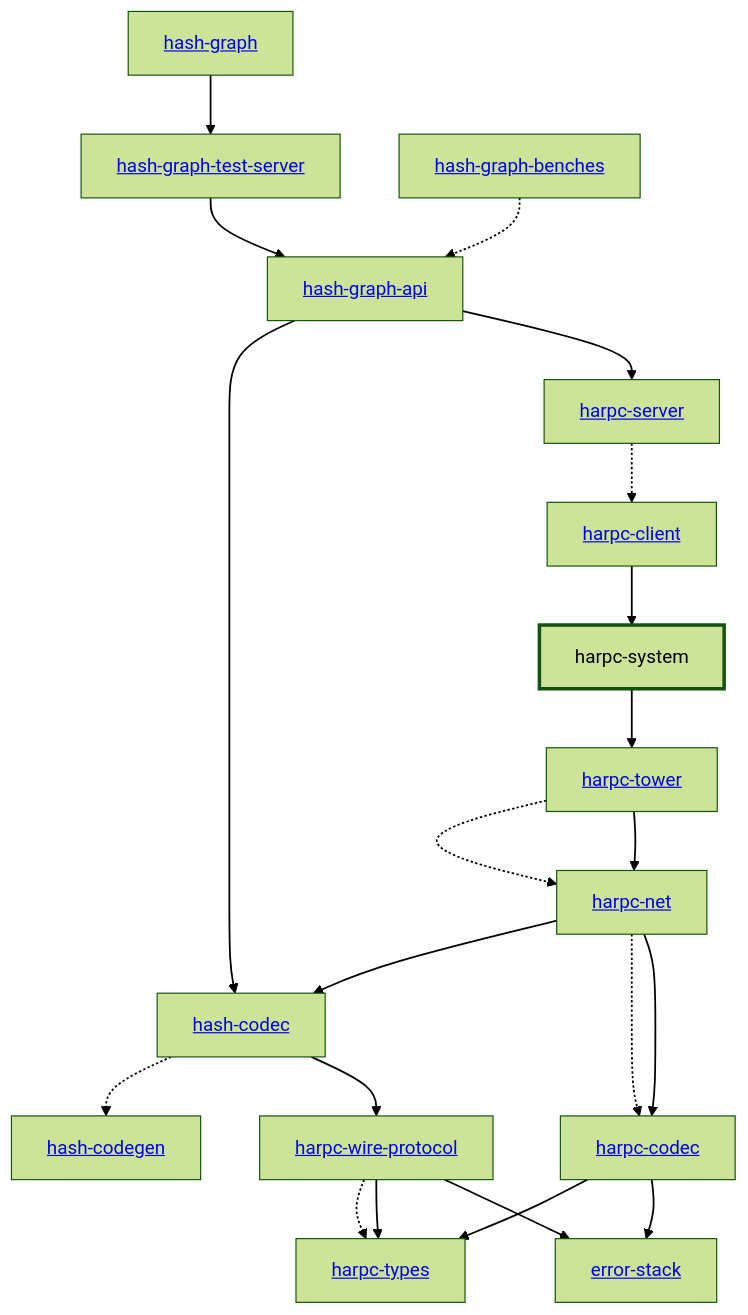
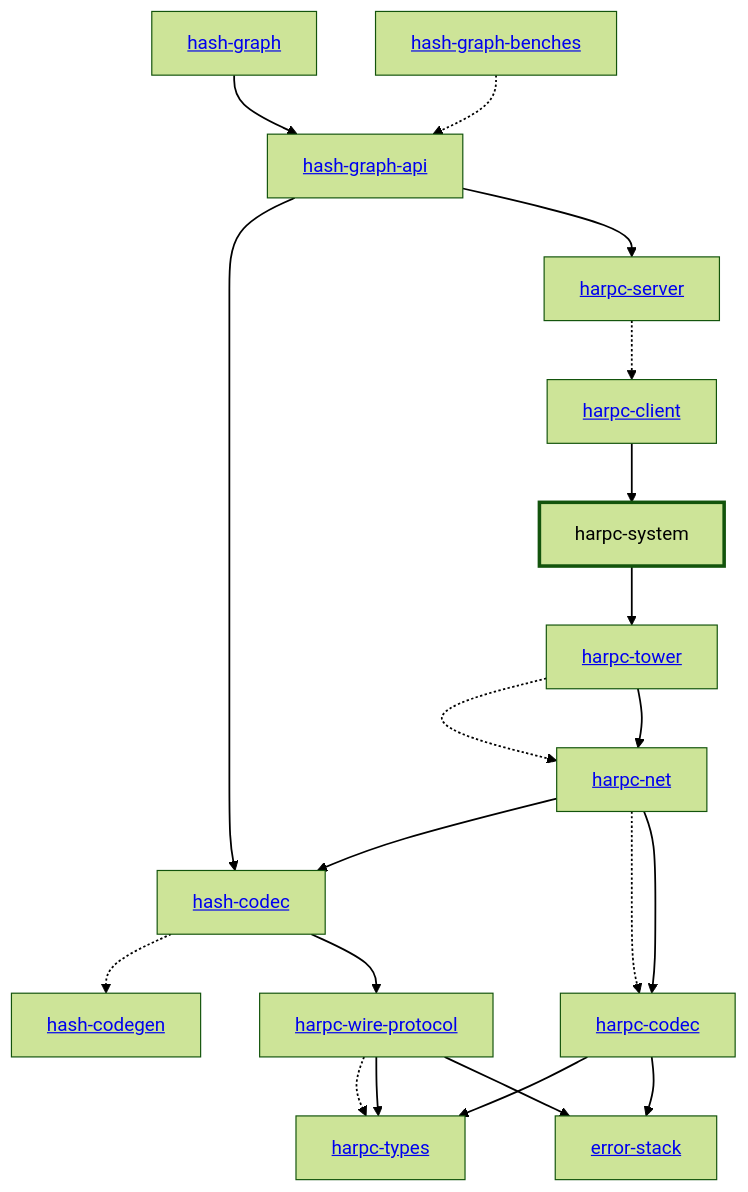
Before and after one commit to hashintel/hash: the diagram in libs/@local/harpc/system/docs/dependency-diagram.mmd, drawn with Mermaid (forest theme). The commit also changed 85 other files, not shown here.

First line of the commit message:
BE-426: Merge graph test-server into admin endpoint in main binary

```diff
--- a/libs/@local/harpc/system/docs/dependency-diagram.mmd
+++ b/libs/@local/harpc/system/docs/dependency-diagram.mmd
@@ -1,46 +1,44 @@
 graph TD
     linkStyle default stroke-width:1.5px
     classDef default stroke-width:1px
     classDef root stroke-width:3px
     classDef dev stroke-width:1px
     classDef build stroke-width:1px
     %% Legend
     %% --> : Normal dependency
     %% -.-> : Dev dependency
     %% ---> : Build dependency
     0[<a href="../hash_graph/index.html">hash-graph</a>]
     1[<a href="../hash_codec/index.html">hash-codec</a>]
     2[<a href="../hash_codegen/index.html">hash-codegen</a>]
     3[<a href="../hash_graph_api/index.html">hash-graph-api</a>]
-    4[<a href="../hash_graph_test_server/index.html">hash-graph-test-server</a>]
-    5[<a href="../harpc_client/index.html">harpc-client</a>]
-    6[<a href="../harpc_codec/index.html">harpc-codec</a>]
-    7[<a href="../harpc_net/index.html">harpc-net</a>]
-    8[<a href="../harpc_server/index.html">harpc-server</a>]
-    9[harpc-system]
-    class 9 root
-    10[<a href="../harpc_tower/index.html">harpc-tower</a>]
-    11[<a href="../harpc_types/index.html">harpc-types</a>]
-    12[<a href="../harpc_wire_protocol/index.html">harpc-wire-protocol</a>]
-    13[<a href="../error_stack/index.html">error-stack</a>]
-    14[<a href="../hash_graph_benches/index.html">hash-graph-benches</a>]
-    0 --> 4
+    4[<a href="../harpc_client/index.html">harpc-client</a>]
+    5[<a href="../harpc_codec/index.html">harpc-codec</a>]
+    6[<a href="../harpc_net/index.html">harpc-net</a>]
+    7[<a href="../harpc_server/index.html">harpc-server</a>]
+    8[harpc-system]
+    class 8 root
+    9[<a href="../harpc_tower/index.html">harpc-tower</a>]
+    10[<a href="../harpc_types/index.html">harpc-types</a>]
+    11[<a href="../harpc_wire_protocol/index.html">harpc-wire-protocol</a>]
+    12[<a href="../error_stack/index.html">error-stack</a>]
+    13[<a href="../hash_graph_benches/index.html">hash-graph-benches</a>]
+    0 --> 3
     1 -.-> 2
-    1 --> 12
+    1 --> 11
     3 --> 1
-    3 --> 8
-    4 --> 3
-    5 --> 9
-    6 --> 11
-    6 --> 13
-    7 --> 1
-    7 -.-> 6
-    7 --> 6
-    8 -.-> 5
-    9 --> 10
-    10 -.-> 7
-    10 --> 7
-    12 -.-> 11
-    12 --> 11
-    12 --> 13
-    14 -.-> 3
+    3 --> 7
+    4 --> 8
+    5 --> 10
+    5 --> 12
+    6 --> 1
+    6 -.-> 5
+    6 --> 5
+    7 -.-> 4
+    8 --> 9
+    9 -.-> 6
+    9 --> 6
+    11 -.-> 10
+    11 --> 10
+    11 --> 12
+    13 -.-> 3
```
